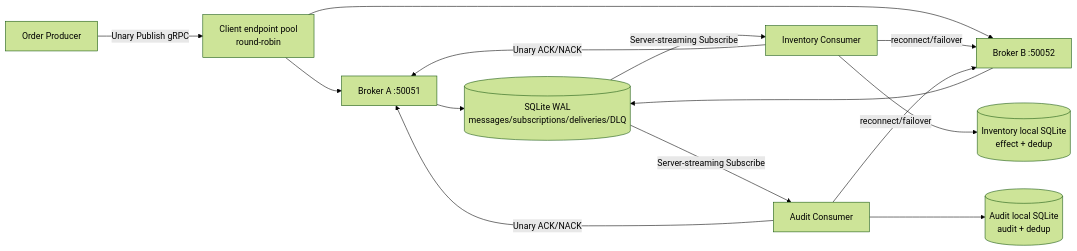
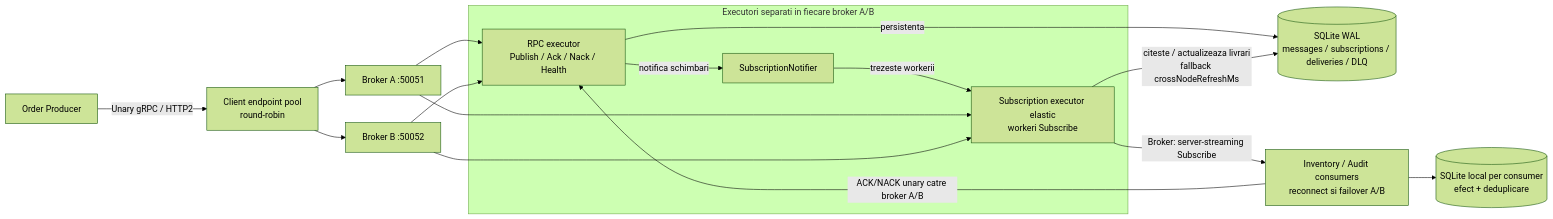
One commit to Andriana20035/pad-proiect changed the diagram in lab2-rpc-grpc-java/docs/diagrams/architecture.mmd. Above: the diagram before and after it, drawn with Mermaid (forest theme). The commit also changed 44 other files, not shown here.

```diff
--- a/lab2-rpc-grpc-java/docs/diagrams/architecture.mmd
+++ b/lab2-rpc-grpc-java/docs/diagrams/architecture.mmd
@@ -1,14 +1,22 @@
 flowchart LR
-    P[Order Producer] -->|Unary Publish gRPC| LB[Client endpoint pool\nround-robin]
+    P[Order Producer] -->|Unary gRPC / HTTP2| LB[Client endpoint pool<br/>round-robin]
     LB --> A[Broker A :50051]
     LB --> B[Broker B :50052]
-    A --> DB[(SQLite WAL\nmessages/subscriptions/deliveries/DLQ)]
-    B --> DB
-    DB -->|Server-streaming Subscribe| I[Inventory Consumer]
-    DB -->|Server-streaming Subscribe| U[Audit Consumer]
-    I -->|Unary ACK/NACK| A
-    I -->|reconnect/failover| B
-    U -->|Unary ACK/NACK| A
-    U -->|reconnect/failover| B
-    I --> IDB[(Inventory local SQLite\neffect + dedup)]
-    U --> ADB[(Audit local SQLite\naudit + dedup)]
+
+    subgraph Runtime[Executori separati in fiecare broker A/B]
+        RPC[RPC executor<br/>Publish / Ack / Nack / Health]
+        N[SubscriptionNotifier]
+        SUB[Subscription executor elastic<br/>workeri Subscribe]
+        RPC -->|notifica schimbari| N
+        N -->|trezeste workerii| SUB
+    end
+
+    A --> RPC
+    B --> RPC
+    A --> SUB
+    B --> SUB
+    RPC -->|persistenta| DB[(SQLite WAL<br/>messages / subscriptions / deliveries / DLQ)]
+    SUB -->|citeste / actualizeaza livrari<br/>fallback crossNodeRefreshMs| DB
+    SUB -->|Broker: server-streaming Subscribe| C[Inventory / Audit consumers<br/>reconnect si failover A/B]
+    C -->|ACK/NACK unary catre broker A/B| RPC
+    C --> LOCAL[(SQLite local per consumer<br/>efect + deduplicare)]
```
